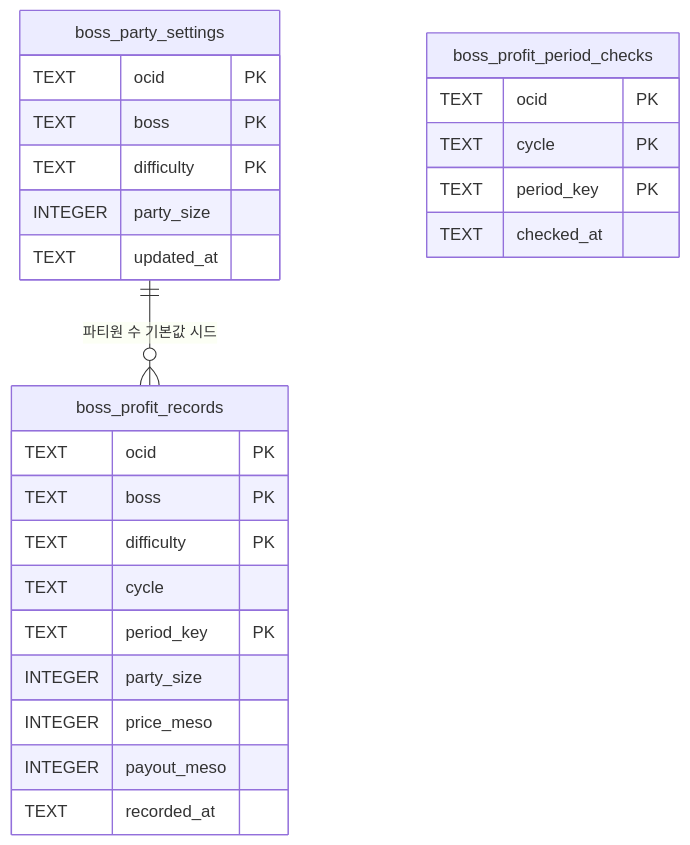
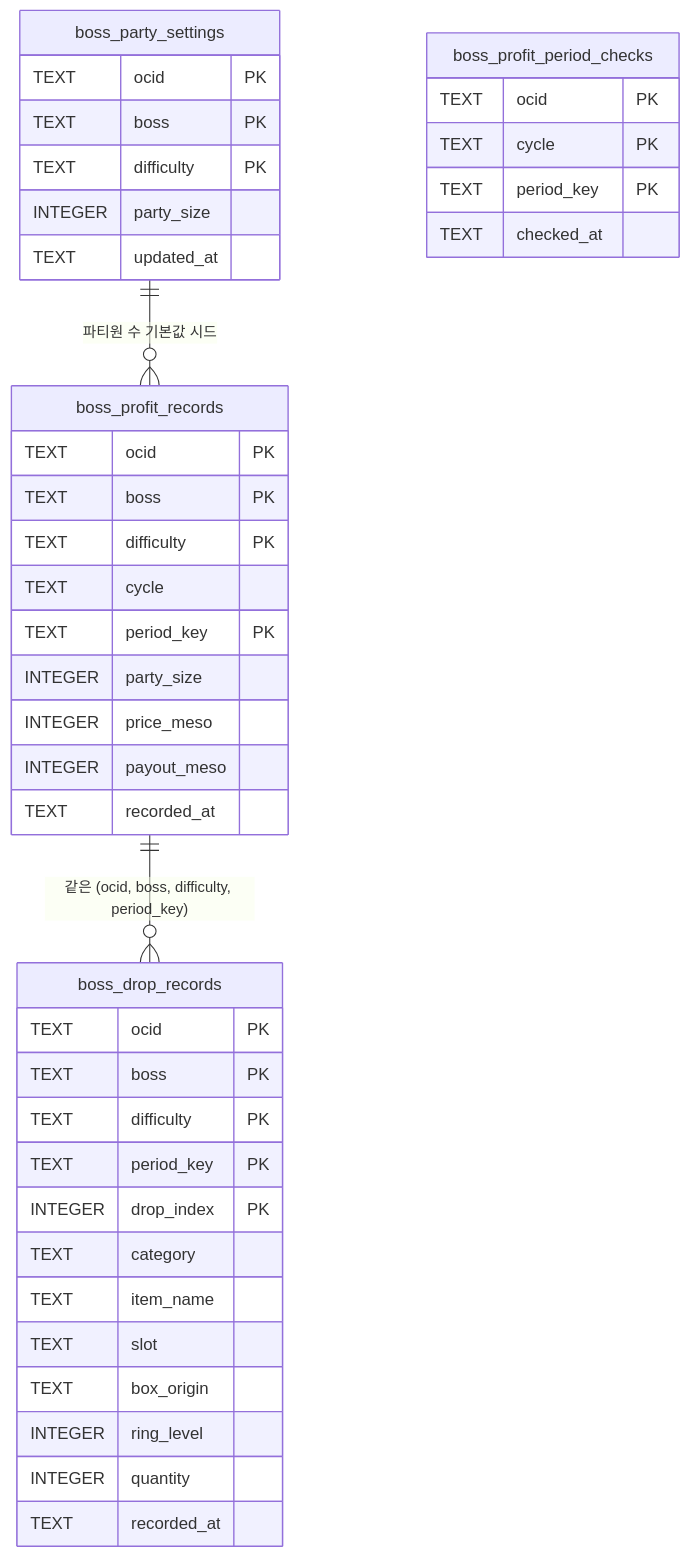
The first of 2 diagrams in docs/persistence/sqlite.md (jini520/maple-routine), drawn with Mermaid before and after one commit. The commit also changed other lines of this file and 7 other files, not shown here.

````diff
--- a/docs/persistence/sqlite.md
+++ b/docs/persistence/sqlite.md
@@ -7,28 +7,43 @@
 ```mermaid
 erDiagram
     boss_profit_records {
         TEXT ocid PK
         TEXT boss PK
         TEXT difficulty PK
         TEXT cycle
         TEXT period_key PK
         INTEGER party_size
         INTEGER price_meso
         INTEGER payout_meso
         TEXT recorded_at
     }
     boss_party_settings {
         TEXT ocid PK
         TEXT boss PK
         TEXT difficulty PK
         INTEGER party_size
         TEXT updated_at
     }
     boss_profit_period_checks {
         TEXT ocid PK
         TEXT cycle PK
         TEXT period_key PK
         TEXT checked_at
     }
+    boss_drop_records {
+        TEXT ocid PK
+        TEXT boss PK
+        TEXT difficulty PK
+        TEXT period_key PK
+        INTEGER drop_index PK
+        TEXT category
+        TEXT item_name
+        TEXT slot
+        TEXT box_origin
+        INTEGER ring_level
+        INTEGER quantity
+        TEXT recorded_at
+    }
     boss_party_settings ||--o{ boss_profit_records : "파티원 수 기본값 시드"
+    boss_profit_records ||--o{ boss_drop_records : "같은 (ocid, boss, difficulty, period_key)"
 ```
````
